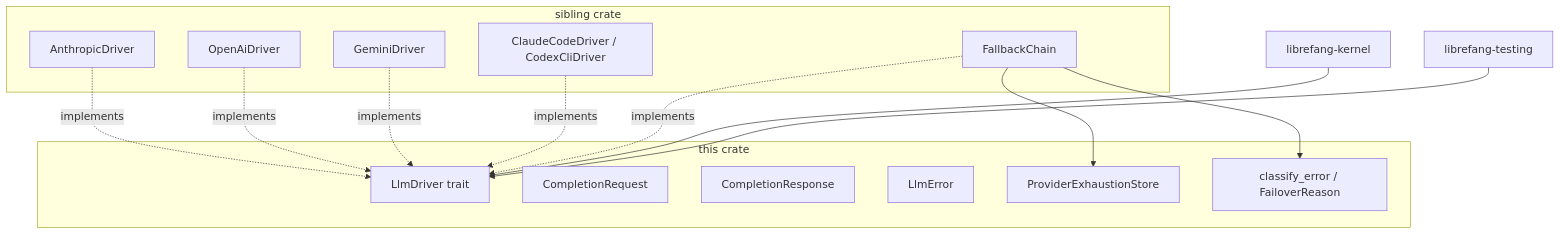
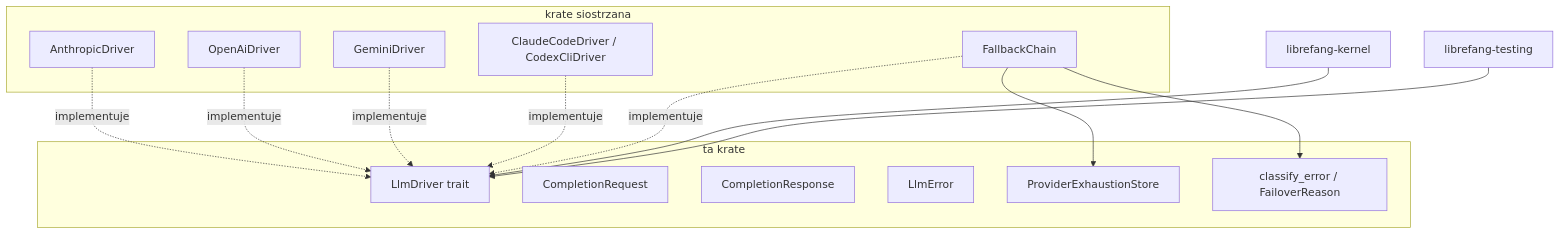
One commit to leszek3737/librefang-WIki changed the diagram in crates-librefang-llm-driver.md. Above: the diagram before and after it, drawn with Mermaid. The commit also changed other lines of this file and 104 other files, not shown here.

````diff
--- a/crates-librefang-llm-driver.md
+++ b/crates-librefang-llm-driver.md
@@ -27,30 +27,30 @@
 ```mermaid
 flowchart TD
-    subgraph librefang_llm_driver[this crate]
+    subgraph librefang_llm_driver[ta krate]
         Trait[LlmDriver trait]
         Req[CompletionRequest]
         Resp[CompletionResponse]
         Err[LlmError]
         Exhaust[ProviderExhaustionStore]
         Class[classify_error / FailoverReason]
     end
-    subgraph librefang_llm_drivers[sibling crate]
+    subgraph librefang_llm_drivers[krate siostrzana]
         Anthropic[AnthropicDriver]
         OpenAi[OpenAiDriver]
         Gemini[GeminiDriver]
         Cli[ClaudeCodeDriver / CodexCliDriver]
         Chain[FallbackChain]
     end
     Kernel[librefang-kernel]
     Tests[librefang-testing]
 
-    Anthropic -.implements.-> Trait
-    OpenAi -.implements.-> Trait
-    Gemini -.implements.-> Trait
-    Cli -.implements.-> Trait
-    Chain -.implements.-> Trait
+    Anthropic -.implementuje.-> Trait
+    OpenAi -.implementuje.-> Trait
+    Gemini -.implementuje.-> Trait
+    Cli -.implementuje.-> Trait
+    Chain -.implementuje.-> Trait
     Chain --> Exhaust
     Chain --> Class
     Kernel --> Trait
     Tests --> Trait
 ```
````
